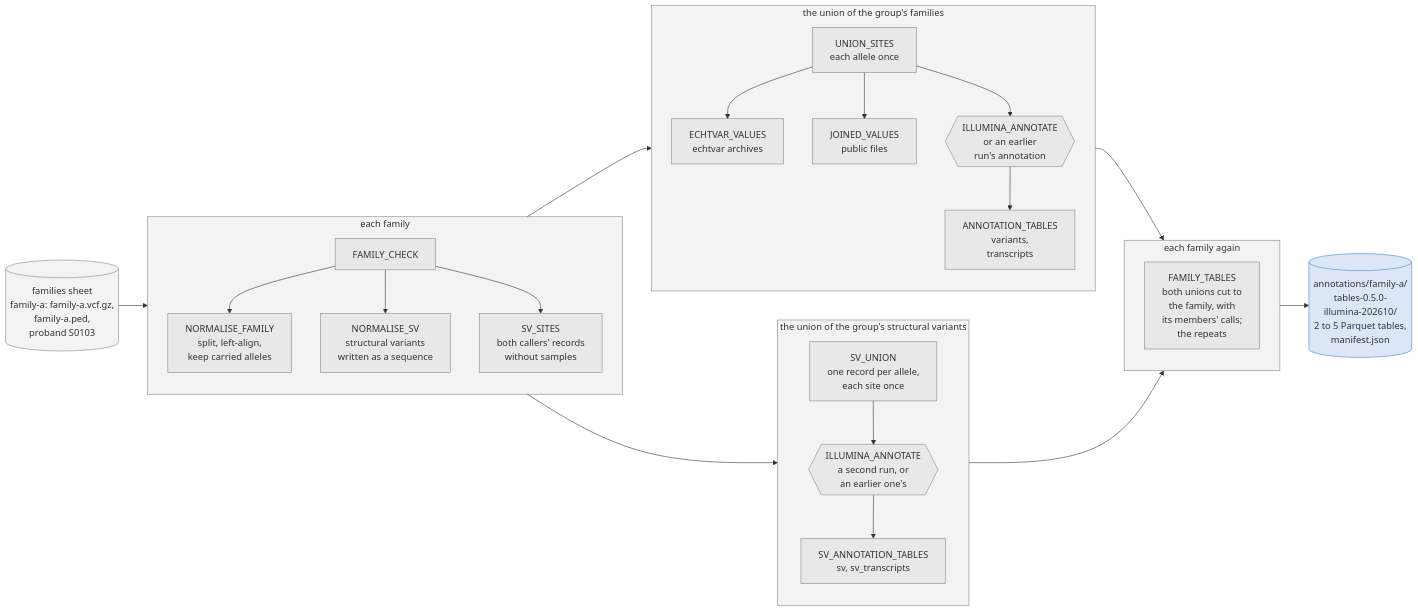
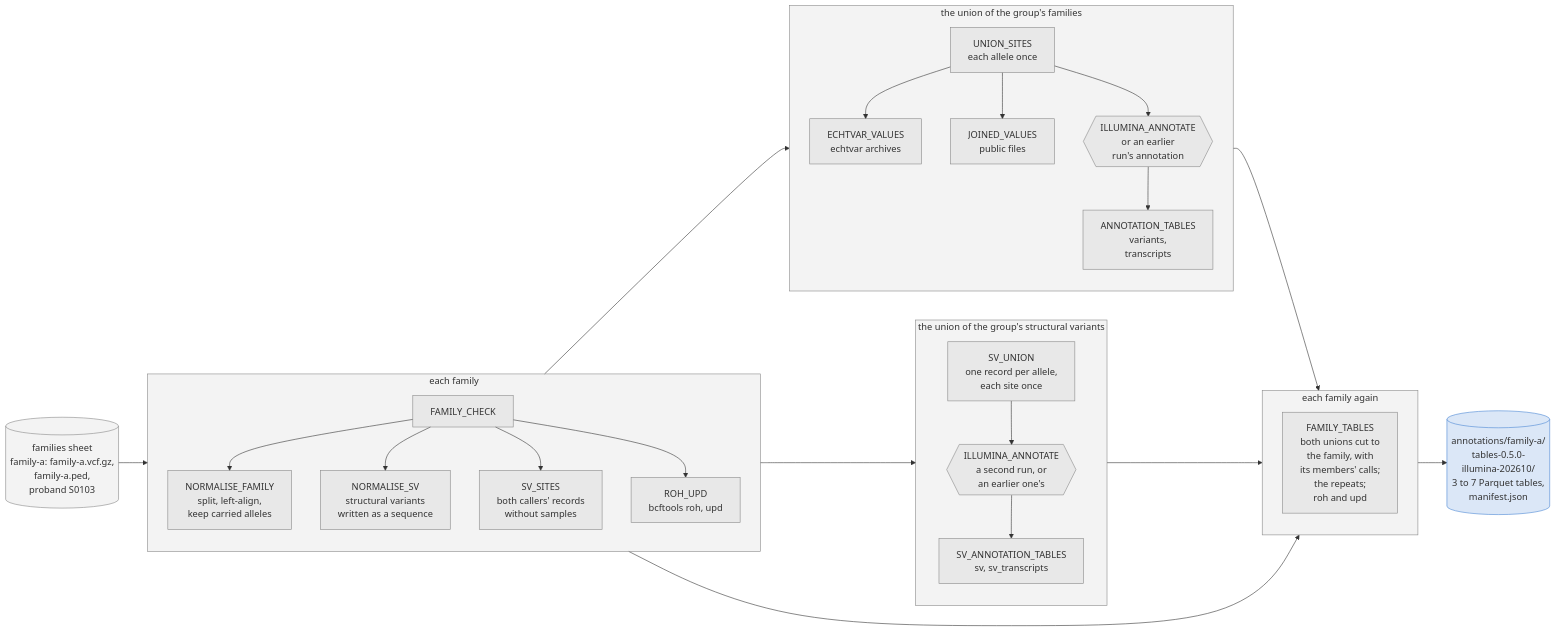
The third of 3 diagrams in docs/annotation.md (populationgenomics/case-annotation-pipeline), drawn with Mermaid before and after one commit. The commit also changed other lines of this file and 35 other files, not shown here.

````diff
--- a/docs/annotation.md
+++ b/docs/annotation.md
@@ -422,52 +425,55 @@
 ```mermaid
 flowchart LR
     IN[("families sheet<br/>family-a: family-a.vcf.gz,<br/>family-a.ped,<br/>proband S0103")]
 
     subgraph EACH["each family"]
         direction TB
         CHECK["FAMILY_CHECK"]
         NORMALISE["NORMALISE_FAMILY<br/>split, left-align,<br/>keep carried alleles"]
         SV["NORMALISE_SV<br/>structural variants<br/>written as a sequence"]
         SVSITES["SV_SITES<br/>both callers' records<br/>without samples"]
+        ROHUPD["ROH_UPD<br/>bcftools roh, upd"]
         CHECK --> NORMALISE
         CHECK --> SV
         CHECK --> SVSITES
+        CHECK --> ROHUPD
     end
 
     subgraph UNION["the union of the group's families"]
         direction TB
         SITES["UNION_SITES<br/>each allele once"]
         VALUES["ECHTVAR_VALUES<br/>echtvar archives"]
         JOINED["JOINED_VALUES<br/>public files"]
         ANNOTATE{{"ILLUMINA_ANNOTATE<br/>or an earlier<br/>run's annotation"}}
         TABLES["ANNOTATION_TABLES<br/>variants,<br/>transcripts"]
         SITES --> VALUES
         SITES --> JOINED
         SITES --> ANNOTATE --> TABLES
     end
 
     subgraph SVUNION["the union of the group's structural variants"]
         direction TB
         SVU["SV_UNION<br/>one record per allele,<br/>each site once"]
         SVANNOTATE{{"ILLUMINA_ANNOTATE<br/>a second run, or<br/>an earlier one's"}}
         SVTABLES["SV_ANNOTATION_TABLES<br/>sv, sv_transcripts"]
         SVU --> SVANNOTATE --> SVTABLES
     end
 
     subgraph CUT["each family again"]
         direction TB
-        FAMILY["FAMILY_TABLES<br/>both unions cut to<br/>the family, with<br/>its members' calls;<br/>the repeats"]
+        FAMILY["FAMILY_TABLES<br/>both unions cut to<br/>the family, with<br/>its members' calls;<br/>the repeats;<br/>roh and upd"]
     end
 
-    OUT[("annotations/family-a/<br/>tables-0.5.0-<br/>illumina-202610/<br/>2 to 5 Parquet tables,<br/>manifest.json")]
+    OUT[("annotations/family-a/<br/>tables-0.5.0-<br/>illumina-202610/<br/>3 to 7 Parquet tables,<br/>manifest.json")]
 
     IN --> EACH --> UNION --> CUT --> OUT
     EACH --> SVUNION --> CUT
+    EACH --> CUT
 
     classDef default fill:#8888881a,stroke:#888888
     style EACH fill:#8888881a,stroke:#888888
     style UNION fill:#8888881a,stroke:#888888
     style SVUNION fill:#8888881a,stroke:#888888
     style CUT fill:#8888881a,stroke:#888888
     style OUT fill:#4a86d433,stroke:#4a86d4
 ```
````
